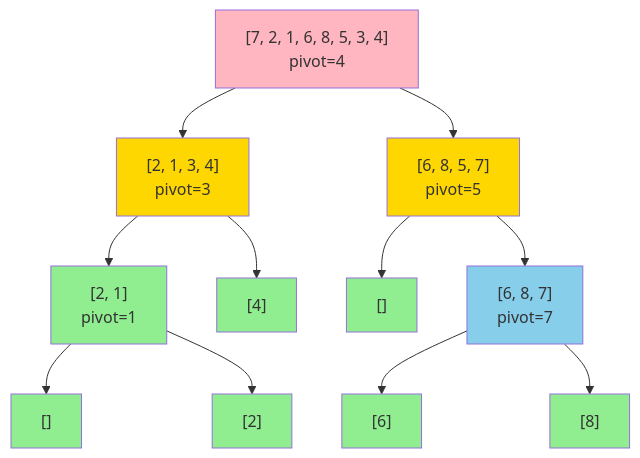
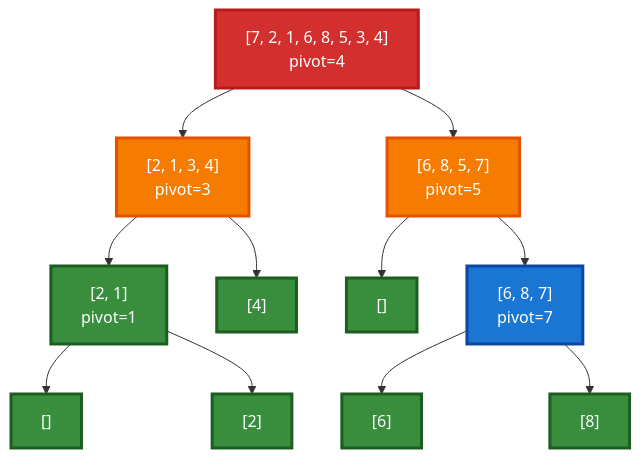
Diagram 12 of 13 in dsa/Advanced/sorting/README.md (pentoshi007/tuf), drawn with Mermaid before and after one commit. The commit also changed other lines of this file, not shown here.

First line of the commit message:
Improve visibility of Mermaid diagrams with better color contrast

````diff
--- a/dsa/Advanced/sorting/README.md
+++ b/dsa/Advanced/sorting/README.md
@@ -782,29 +796,29 @@
 ```mermaid
 graph TD
     A["[7, 2, 1, 6, 8, 5, 3, 4]<br/>pivot=4"] --> B["[2, 1, 3, 4]"]
     A --> C["[6, 8, 5, 7]"]
-    
+
     B["[2, 1, 3, 4]<br/>pivot=3"] --> D["[2, 1]"]
     B --> E["[4]"]
-    
+
     C["[6, 8, 5, 7]<br/>pivot=5"] --> F["[]"]
     C --> G["[6, 8, 7]"]
-    
+
     D["[2, 1]<br/>pivot=1"] --> H["[]"]
     D --> I["[2]"]
-    
+
     G["[6, 8, 7]<br/>pivot=7"] --> J["[6]"]
     G --> K["[8]"]
-    
-    style A fill:#FFB6C1
-    style B fill:#FFD700
-    style C fill:#FFD700
-    style D fill:#90EE90
-    style E fill:#90EE90
-    style F fill:#90EE90
-    style G fill:#87CEEB
-    style H fill:#90EE90
-    style I fill:#90EE90
-    style J fill:#90EE90
-    style K fill:#90EE90
+
+    style A fill:#D32F2F,stroke:#B71C1C,stroke-width:3px,color:#fff
+    style B fill:#F57C00,stroke:#E65100,stroke-width:3px,color:#fff
+    style C fill:#F57C00,stroke:#E65100,stroke-width:3px,color:#fff
+    style D fill:#388E3C,stroke:#1B5E20,stroke-width:3px,color:#fff
+    style E fill:#388E3C,stroke:#1B5E20,stroke-width:3px,color:#fff
+    style F fill:#388E3C,stroke:#1B5E20,stroke-width:3px,color:#fff
+    style G fill:#1976D2,stroke:#0D47A1,stroke-width:3px,color:#fff
+    style H fill:#388E3C,stroke:#1B5E20,stroke-width:3px,color:#fff
+    style I fill:#388E3C,stroke:#1B5E20,stroke-width:3px,color:#fff
+    style J fill:#388E3C,stroke:#1B5E20,stroke-width:3px,color:#fff
+    style K fill:#388E3C,stroke:#1B5E20,stroke-width:3px,color:#fff
 ```
````
